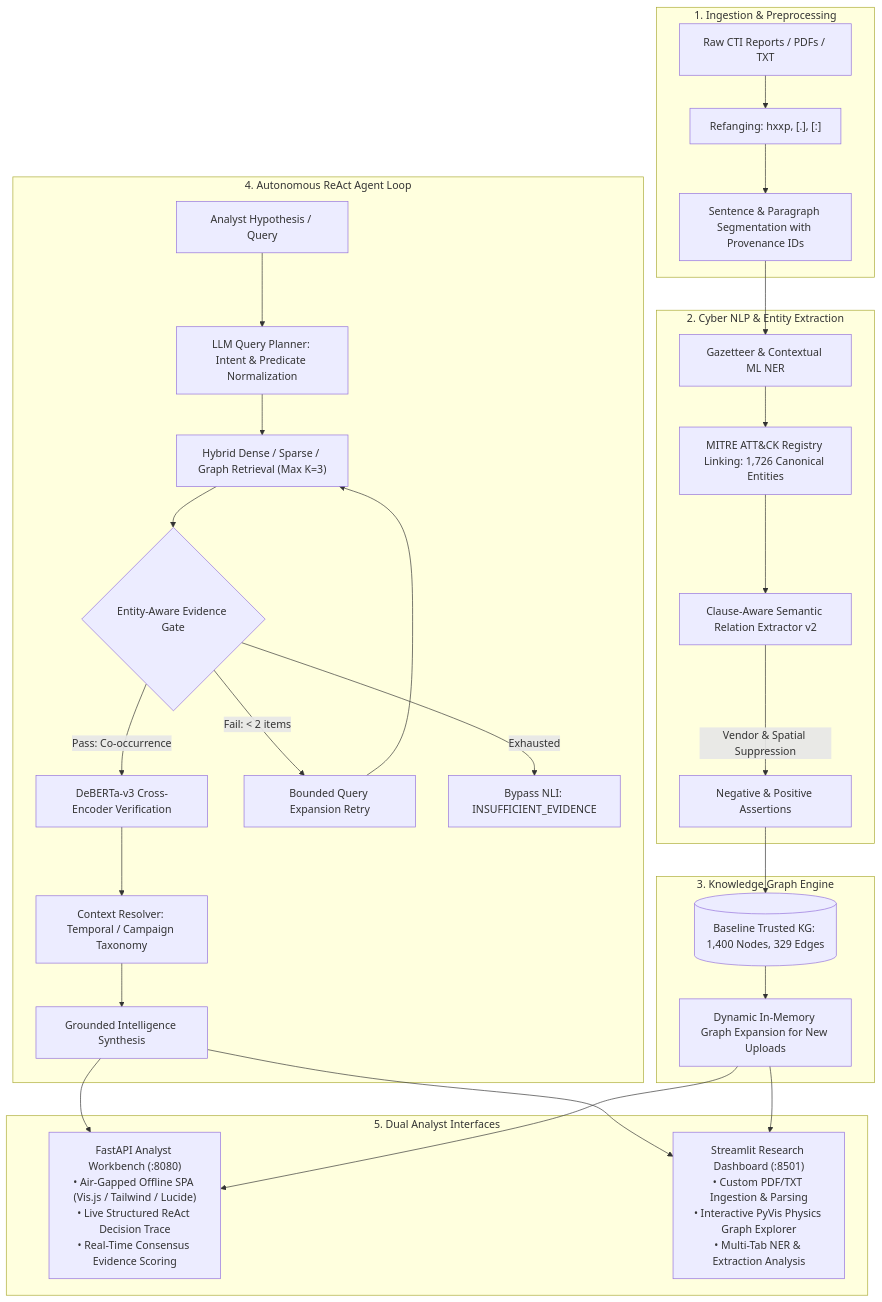
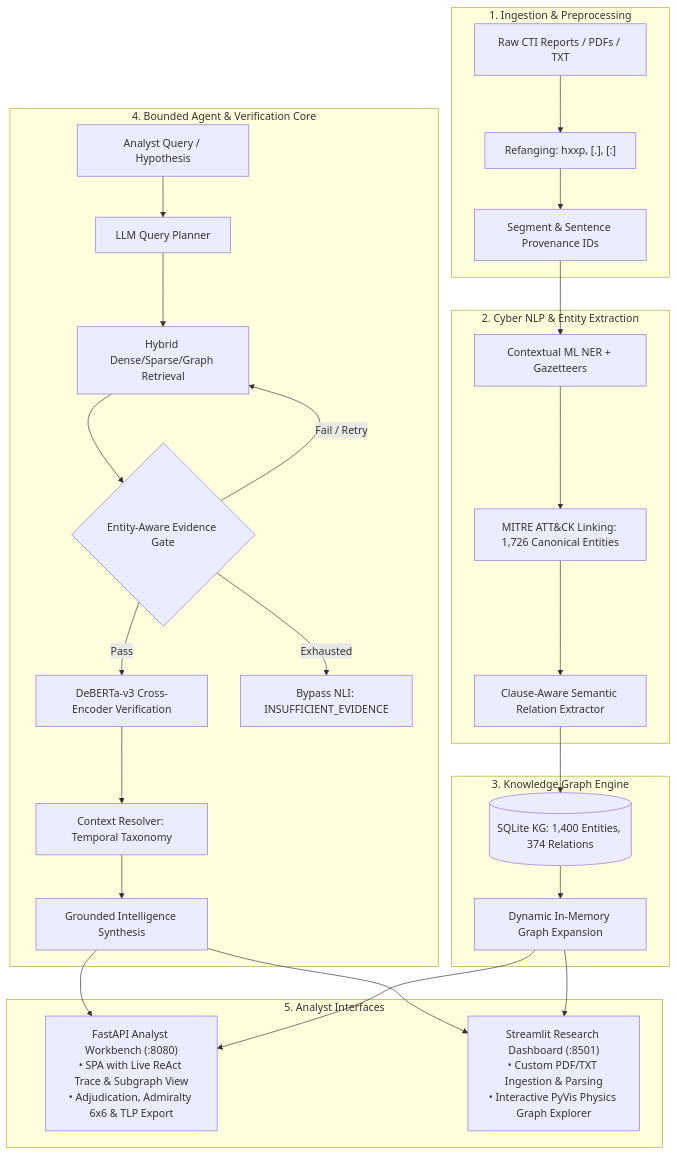
One commit to joshi-006/cyberrag changed the diagram in README.md. Above: the diagram before and after it, drawn with Mermaid. The commit also changed other lines of this file, not shown here.

````diff
--- a/README.md
+++ b/README.md
@@ -31,36 +47,34 @@
 ```mermaid
 flowchart TD
     subgraph Ingestion ["1. Ingestion & Preprocessing"]
         A["Raw CTI Reports / PDFs / TXT"] --> B["Refanging: hxxp, [.], [:]"]
-        B --> C["Sentence & Paragraph Segmentation with Provenance IDs"]
+        B --> C["Segment & Sentence Provenance IDs"]
     end
 
     subgraph NLP ["2. Cyber NLP & Entity Extraction"]
-        C --> D["Gazetteer & Contextual ML NER"]
-        D --> E["MITRE ATT&CK Registry Linking: 1,726 Canonical Entities"]
-        E --> F["Clause-Aware Semantic Relation Extractor v2"]
-        F -->|Vendor & Spatial Suppression| G["Negative & Positive Assertions"]
+        C --> D["Contextual ML NER + Gazetteers"]
+        D --> E["MITRE ATT&CK Linking: 1,726 Canonical Entities"]
+        E --> F["Clause-Aware Semantic Relation Extractor"]
     end
 
     subgraph KG ["3. Knowledge Graph Engine"]
-        G --> H[("Baseline Trusted KG: 1,400 Nodes, 329 Edges")]
-        H --> I["Dynamic In-Memory Graph Expansion for New Uploads"]
+        F --> G[("SQLite KG: 1,400 Entities, 374 Relations")]
+        G --> H["Dynamic In-Memory Graph Expansion"]
     end
 
-    subgraph Agent ["4. Autonomous ReAct Agent Loop"]
-        J["Analyst Hypothesis / Query"] --> K["LLM Query Planner: Intent & Predicate Normalization"]
-        K --> L["Hybrid Dense / Sparse / Graph Retrieval (Max K=3)"]
-        L --> M{"Entity-Aware Evidence Gate"}
-        M -->|Pass: Co-occurrence| N["DeBERTa-v3 Cross-Encoder Verification"]
-        M -->|Fail: < 2 items| O["Bounded Query Expansion Retry"]
-        O --> L
-        M -->|Exhausted| P["Bypass NLI: INSUFFICIENT_EVIDENCE"]
-        N --> Q["Context Resolver: Temporal / Campaign Taxonomy"]
-        Q --> R["Grounded Intelligence Synthesis"]
+    subgraph Agent ["4. Bounded Agent & Verification Core"]
+        I["Analyst Query / Hypothesis"] --> J["LLM Query Planner"]
+        J --> K["Hybrid Dense/Sparse/Graph Retrieval"]
+        K --> L{"Entity-Aware Evidence Gate"}
+        L -->|Pass| M["DeBERTa-v3 Cross-Encoder Verification"]
+        L -->|Fail / Retry| K
+        L -->|Exhausted| N["Bypass NLI: INSUFFICIENT_EVIDENCE"]
+        M --> O["Context Resolver: Temporal Taxonomy"]
+        O --> P["Grounded Intelligence Synthesis"]
     end
 
-    subgraph Interfaces ["5. Dual Analyst Interfaces"]
-        R & I --> S1["FastAPI Analyst Workbench (:8080)<br/>• Air-Gapped Offline SPA (Vis.js / Tailwind / Lucide)<br/>• Live Structured ReAct Decision Trace<br/>• Real-Time Consensus Evidence Scoring"]
-        R & I --> S2["Streamlit Research Dashboard (:8501)<br/>• Custom PDF/TXT Ingestion & Parsing<br/>• Interactive PyVis Physics Graph Explorer<br/>• Multi-Tab NER & Extraction Analysis"]
+    subgraph Interfaces ["5. Analyst Interfaces"]
+        P & H --> Q1["FastAPI Analyst Workbench (:8080)<br/>• SPA with Live ReAct Trace & Subgraph View<br/>• Adjudication, Admiralty 6x6 & TLP Export"]
+        P & H --> Q2["Streamlit Research Dashboard (:8501)<br/>• Custom PDF/TXT Ingestion & Parsing<br/>• Interactive PyVis Physics Graph Explorer"]
     end
 ```
````
